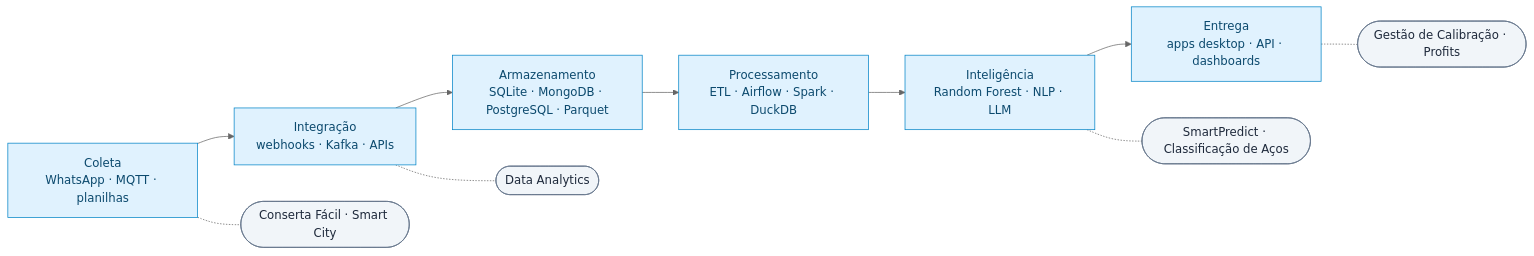
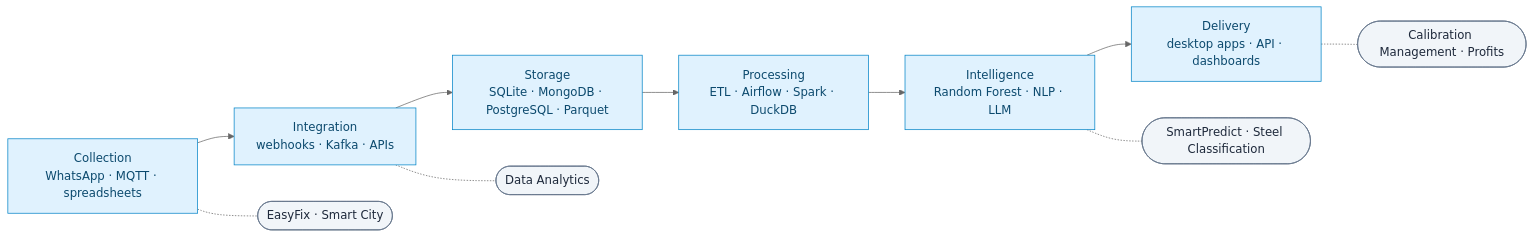
Before and after one commit to jcesarmph-ui/jcesarmph-ui: the first of 2 diagrams in README.md, drawn with Mermaid (neutral theme). The commit also changed other lines of this file and 1 other file, not shown here.

````diff
--- a/README.md
+++ b/README.md
@@ -50,18 +59,18 @@
 ```mermaid
 flowchart LR
-    A["Coleta<br/>WhatsApp · MQTT · planilhas"] --> B["Integração<br/>webhooks · Kafka · APIs"]
-    B --> C["Armazenamento<br/>SQLite · MongoDB · PostgreSQL · Parquet"]
-    C --> D["Processamento<br/>ETL · Airflow · Spark · DuckDB"]
-    D --> E["Inteligência<br/>Random Forest · NLP · LLM"]
-    E --> F["Entrega<br/>apps desktop · API · dashboards"]
+    A["Collection<br/>WhatsApp · MQTT · spreadsheets"] --> B["Integration<br/>webhooks · Kafka · APIs"]
+    B --> C["Storage<br/>SQLite · MongoDB · PostgreSQL · Parquet"]
+    C --> D["Processing<br/>ETL · Airflow · Spark · DuckDB"]
+    D --> E["Intelligence<br/>Random Forest · NLP · LLM"]
+    E --> F["Delivery<br/>desktop apps · API · dashboards"]
 
-    A -.- P1(["Conserta Fácil · Smart City"])
+    A -.- P1(["EasyFix · Smart City"])
     B -.- P2(["Data Analytics"])
-    E -.- P3(["SmartPredict · Classificação de Aços"])
-    F -.- P4(["Gestão de Calibração · Profits"])
+    E -.- P3(["SmartPredict · Steel Classification"])
+    F -.- P4(["Calibration Management · Profits"])
 
     classDef etapa fill:#E0F2FE,stroke:#0284C7,color:#0C4A6E
     classDef projeto fill:#F1F5F9,stroke:#64748B,color:#1E293B
     class A,B,C,D,E,F etapa
     class P1,P2,P3,P4 projeto
 ```
````
